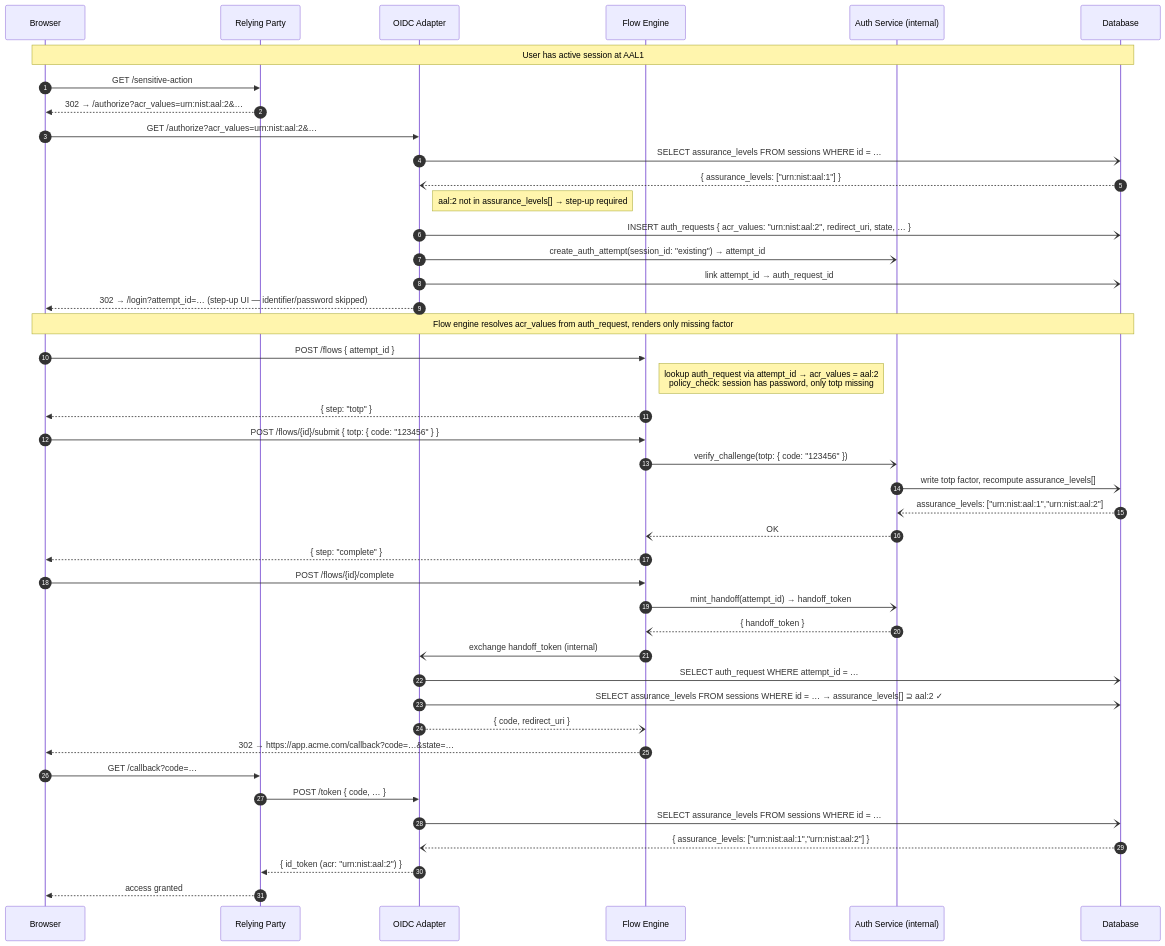
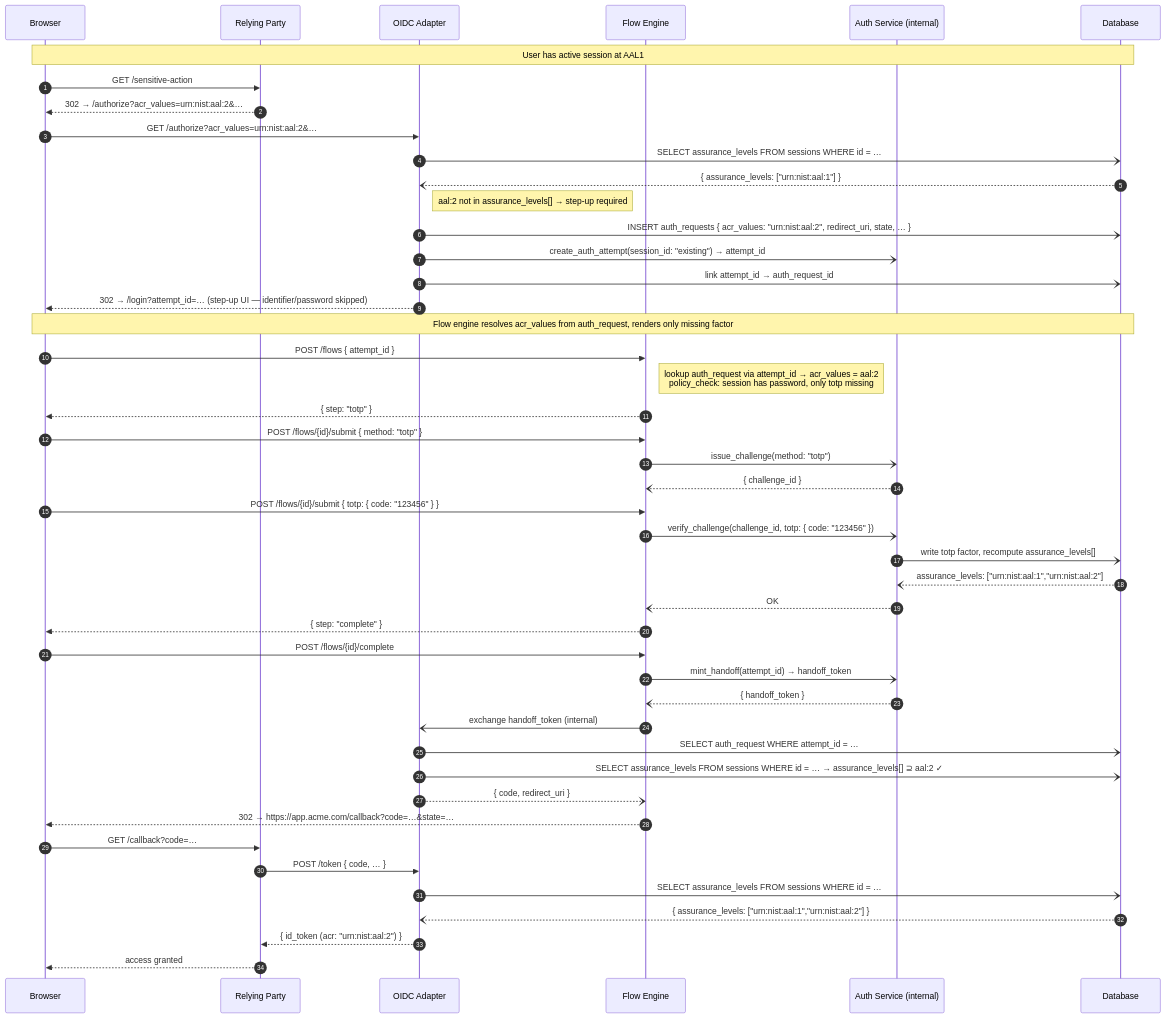
The fourth of 4 diagrams in docs/design/api/authn-and-auth-flows.md (zitadel/nextgen), drawn with Mermaid before and after one commit. The commit also changed other lines of this file and 1 other file, not shown here.

````diff
--- a/docs/design/api/authn-and-auth-flows.md
+++ b/docs/design/api/authn-and-auth-flows.md
@@ -335,54 +346,57 @@
 ```mermaid
 sequenceDiagram
     autonumber
     participant Browser
     participant RP as Relying Party
     participant OIDCAdapter as OIDC Adapter
     participant FlowEngine as Flow Engine
     participant AuthService as Auth Service (internal)
     participant DB as Database
 
     Note over Browser,DB: User has active session at AAL1
 
     Browser->>RP: GET /sensitive-action
     RP-->>Browser: 302 → /authorize?acr_values=urn:nist:aal:2&…
 
     Browser->>OIDCAdapter: GET /authorize?acr_values=urn:nist:aal:2&…
     OIDCAdapter-)DB: SELECT assurance_levels FROM sessions WHERE id = …
     DB--)OIDCAdapter: { assurance_levels: ["urn:nist:aal:1"] }
     Note right of OIDCAdapter: aal:2 not in assurance_levels[] → step-up required
 
     OIDCAdapter-)DB: INSERT auth_requests { acr_values: "urn:nist:aal:2", redirect_uri, state, … }
     OIDCAdapter-)AuthService: create_auth_attempt(session_id: "existing") → attempt_id
     OIDCAdapter-)DB: link attempt_id → auth_request_id
     OIDCAdapter-->>Browser: 302 → /login?attempt_id=… (step-up UI — identifier/password skipped)
 
     Note over Browser,DB: Flow engine resolves acr_values from auth_request, renders only missing factor
 
     Browser->>FlowEngine: POST /flows { attempt_id }
     Note right of FlowEngine: lookup auth_request via attempt_id → acr_values = aal:2<br/>policy_check: session has password, only totp missing
     FlowEngine-->>Browser: { step: "totp" }
 
+    Browser->>FlowEngine: POST /flows/{id}/submit { method: "totp" }
+    FlowEngine-)AuthService: issue_challenge(method: "totp")
+    AuthService--)FlowEngine: { challenge_id }
     Browser->>FlowEngine: POST /flows/{id}/submit { totp: { code: "123456" } }
-    FlowEngine-)AuthService: verify_challenge(totp: { code: "123456" })
+    FlowEngine-)AuthService: verify_challenge(challenge_id, totp: { code: "123456" })
     AuthService-)DB: write totp factor, recompute assurance_levels[]
     DB--)AuthService: assurance_levels: ["urn:nist:aal:1","urn:nist:aal:2"]
     AuthService--)FlowEngine: OK
     FlowEngine-->>Browser: { step: "complete" }
 
     Browser->>FlowEngine: POST /flows/{id}/complete
     FlowEngine-)AuthService: mint_handoff(attempt_id) → handoff_token
     AuthService--)FlowEngine: { handoff_token }
     FlowEngine-)OIDCAdapter: exchange handoff_token (internal)
     OIDCAdapter-)DB: SELECT auth_request WHERE attempt_id = …
     OIDCAdapter-)DB: SELECT assurance_levels FROM sessions WHERE id = … → assurance_levels[] ⊇ aal:2 ✓
     OIDCAdapter--)FlowEngine: { code, redirect_uri }
     FlowEngine-->>Browser: 302 → https://app.acme.com/callback?code=…&state=…
 
     Browser->>RP: GET /callback?code=…
     RP->>OIDCAdapter: POST /token { code, … }
     OIDCAdapter-)DB: SELECT assurance_levels FROM sessions WHERE id = …
     DB--)OIDCAdapter: { assurance_levels: ["urn:nist:aal:1","urn:nist:aal:2"] }
     OIDCAdapter-->>RP: { id_token (acr: "urn:nist:aal:2") }
     RP-->>Browser: access granted
 ```
````
